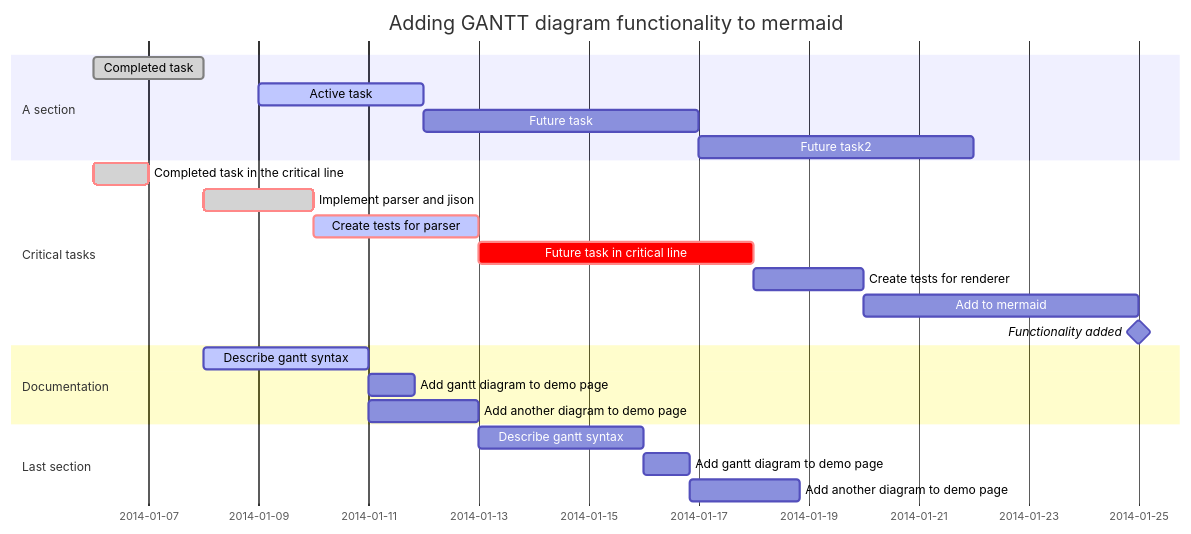
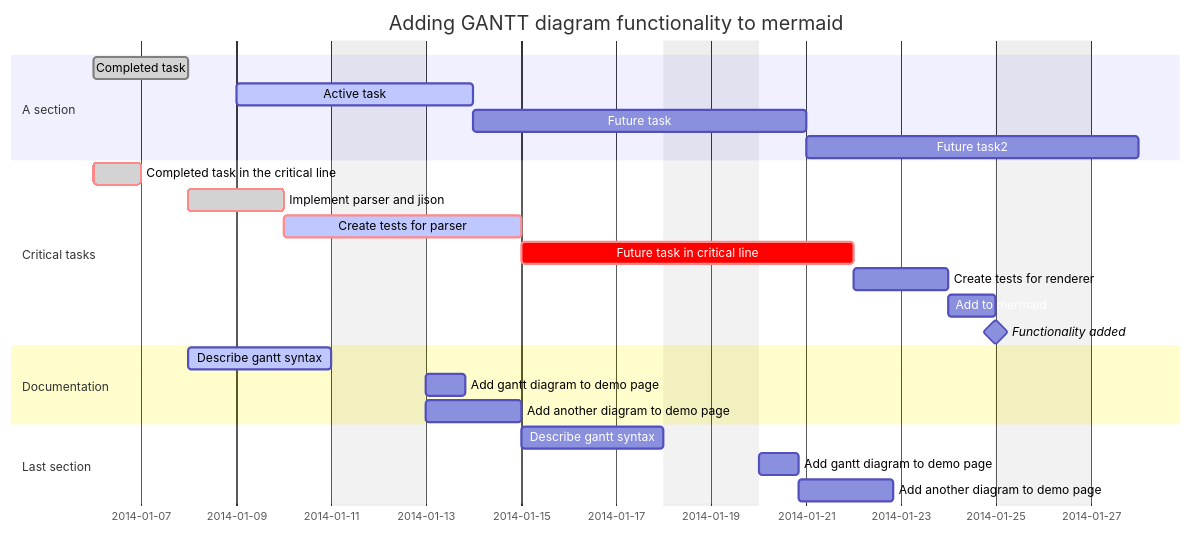
One commit to ayvi-0001/mermaid-gantt-formatter changed the first of 3 diagrams in README.md. Above: the diagram before and after it, drawn with Mermaid. The commit also changed other lines of this file and 3 other files, not shown here.

Commit message:
docs: update example gantt_chart, README.md

````diff
--- a/README.md
+++ b/README.md
@@ -5,30 +5,33 @@
 ```mmd
-%% timeline.mmd
+%% gantt_chart.mmd
 gantt
-    title Adding GANTT diagram functionality to mermaid
-  dateFormat YYYY-MM-DD
+    dateFormat  YYYY-MM-DD
+  title       Adding GANTT diagram functionality to mermaid
+     excludes    weekends
+    %% (`excludes` accepts specific dates in YYYY-MM-DD format, days of the week ("sunday") or "weekends", but not the word "weekdays".)
 
     section A section
-    Completed task  :done,  des1, 2014-01-06,2014-01-08
-    Active task  :active, des2, 2014-01-09, 3d
-    Future task  :  des3, after des2, 5d
-    Future task2  :   des4, after des3, 5d
+    Completed task :done,    des1, 2014-01-06,2014-01-08
+    Active task :active,  des2, 2014-01-09, 3d
+    Future task  :         des3, after des2, 5d
+    Future task2 :         des4, after des3, 5d
     section Critical tasks
-    Completed task in the critical line   :crit, done, 2014-01-06,24h
+      Completed task in the critical line :crit, done, 2014-01-06,24h
     Implement parser and jison  :crit, done, after des1, 2d
-    Create tests for parser   :crit, active, 3d
+    Create tests for parser  :crit, active, 3d
     Future task in critical line  :crit, 5d
-    Create tests for renderer   :2d
-    Add to mermaid  :until isadded
-    Functionality added   :milestone, isadded, 2014-01-25, 0d
+    Create tests for renderer  :2d
+   Add to mermaid       :until isadded
+    Functionality added :milestone, isadded, 2014-01-25, 0d
+
     section Documentation
     Describe gantt syntax  :active, a1, after des1, 3d
-    Add gantt diagram to demo page   :after a1  , 20h
-    Add another diagram to demo page    :doc1, after a1  , 48h
+    Add gantt diagram to demo page :after a1  , 20h
+    Add another diagram to demo page :doc1, after a1  , 48h
 
 
     section Last section
-    Describe gantt syntax   :after doc1, 3d
-    Add gantt diagram to demo page    :20h
-    Add another diagram to demo page    :48h
+    Describe gantt syntax            :after doc1, 3d
+    Add gantt diagram to demo page   :20h
+    Add another diagram to demo page :48h
 ```
````
